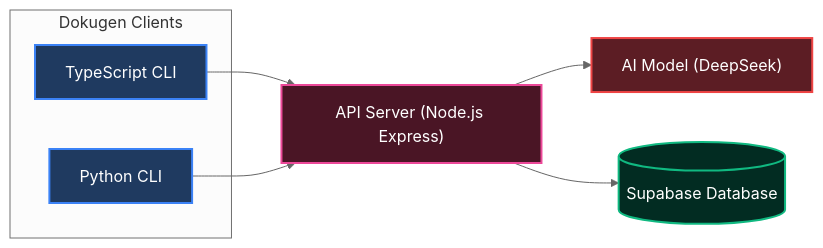
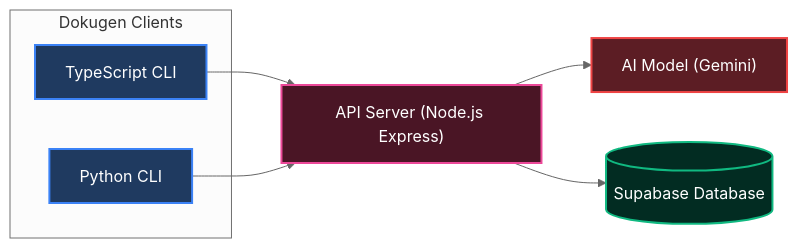
Before and after one commit to samueltuoyo15/Dokugen: the first of 4 diagrams in README.md, drawn with Mermaid (neutral theme). The commit also changed other lines of this file and 3 other files, not shown here.

Commit message:
refactor(ai): replace DeepSeek AI with Gemini

````diff
--- a/README.md
+++ b/README.md
@@ -13,22 +13,22 @@
 ```mermaid
 flowchart LR
   subgraph Clients["Dokugen Clients"]
     TSCLI["TypeScript CLI"]
     PythonCLI["Python CLI"]
   end
 
   API["API Server (Node.js Express)"]
-  AI["AI Model (DeepSeek)"]
+  AI["AI Model (Gemini)"]
   DB[("Supabase Database")]
 
   TSCLI --> API
   PythonCLI --> API
   API --> AI
   API --> DB
 
   style TSCLI fill:#1f3a60,stroke:#3b82f6,stroke-width:2px,color:#fff
   style PythonCLI fill:#1f3a60,stroke:#3b82f6,stroke-width:2px,color:#fff
   style API fill:#4a1525,stroke:#ec4899,stroke-width:2px,color:#fff
   style AI fill:#5c1d24,stroke:#ef4444,stroke-width:2px,color:#fff
   style DB fill:#022c22,stroke:#10b981,stroke-width:2px,color:#fff
 ```
````
